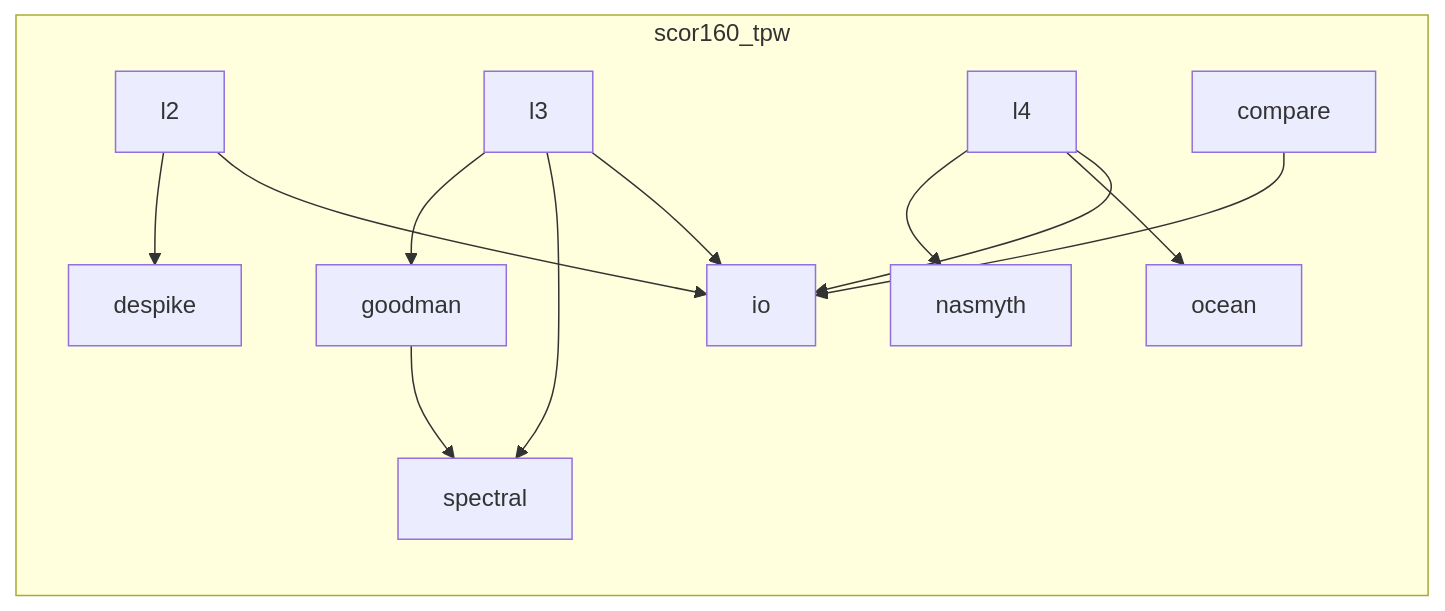
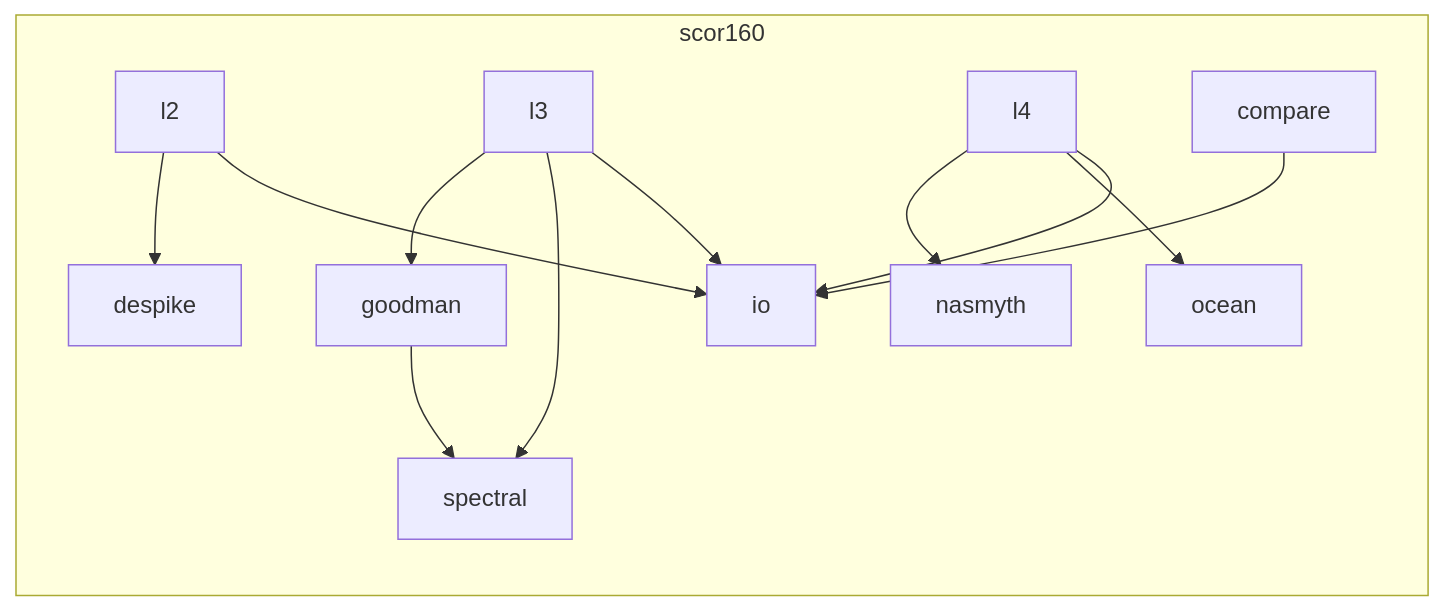
One commit to mousebrains/turbulence changed the second of 6 diagrams in docs/ARCHITECTURE.md. Above: the diagram before and after it, drawn with Mermaid. The commit also changed other lines of this file and 140 other files, not shown here.

````diff
--- a/docs/ARCHITECTURE.md
+++ b/docs/ARCHITECTURE.md
@@ -70,20 +70,20 @@
 ```mermaid
 graph LR
-    subgraph scor160_tpw
+    subgraph scor160
         ocean
         nasmyth
         spectral
         goodman --> spectral
         despike
         io
         l2 --> despike
         l2 --> io
         l3 --> goodman
         l3 --> spectral
         l3 --> io
         l4 --> nasmyth
         l4 --> ocean
         l4 --> io
         compare --> io
     end
 ```
````
